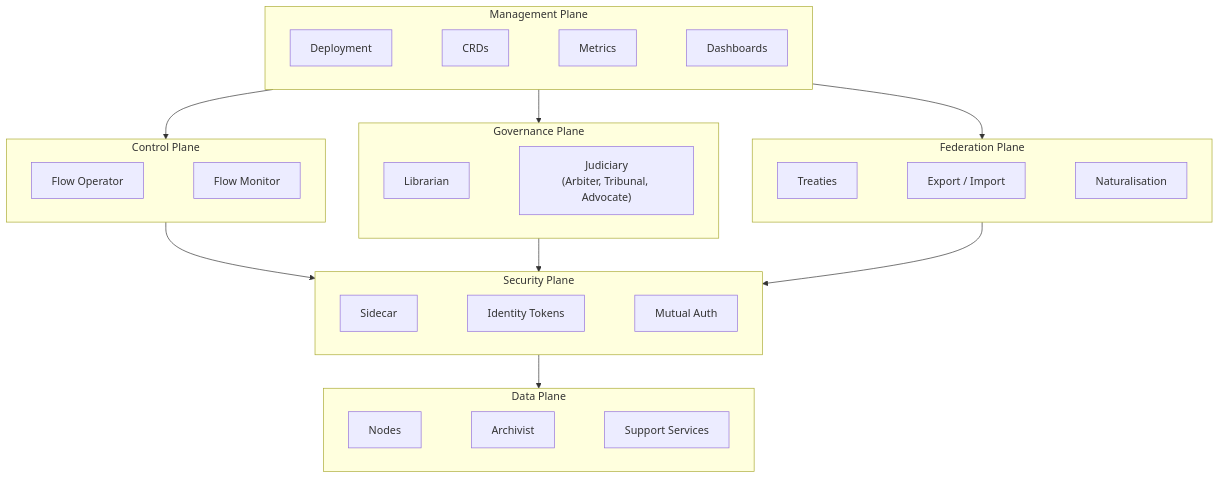
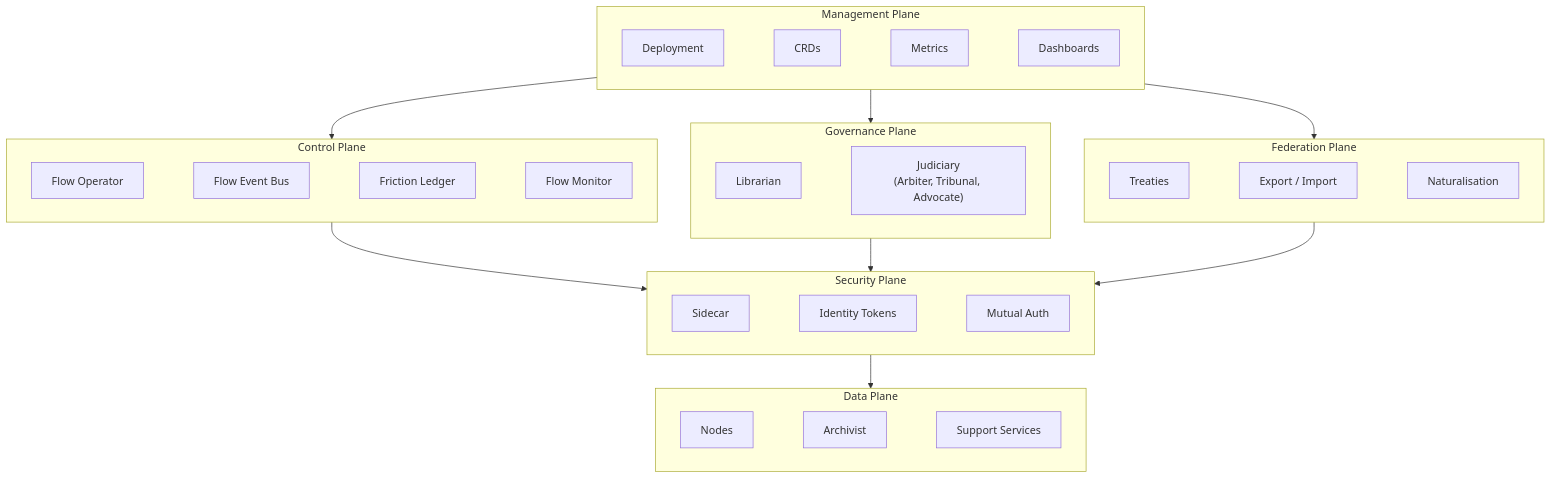
One commit to really-knows-ai/gideas changed the diagram in specs/01-concepts/01-architecture.md. Above: the diagram before and after it, drawn with Mermaid. The commit also changed other lines of this file and 49 other files, not shown here.

First line of the commit message:
feat: introduce Flow Event Bus and Friction Ledger as dedicated services, narrowing Flow Monitor to a stateless pipeline adapter

````diff
--- a/specs/01-concepts/01-architecture.md
+++ b/specs/01-concepts/01-architecture.md
@@ -9,42 +9,42 @@
 ```mermaid
 flowchart TD
     subgraph mgmt["Management Plane"]
         direction LR
         Deployment ~~~ CRDs ~~~ Metrics ~~~ Dashboards
     end
 
     subgraph ctrl["Control Plane"]
         direction LR
-        Operator[Flow Operator] ~~~ Monitor[Flow Monitor]
+        Operator[Flow Operator] ~~~ EventBus[Flow Event Bus] ~~~ FrictionLedger[Friction Ledger] ~~~ Monitor[Flow Monitor]
     end
 
     subgraph gov["Governance Plane"]
         direction LR
         Librarian ~~~ Judiciary["Judiciary<br/>(Arbiter, Tribunal, Advocate)"]
     end
 
     subgraph fed["Federation Plane"]
         direction LR
         Treaties ~~~ Export[Export / Import] ~~~ Nat[Naturalisation]
     end
 
     subgraph sec["Security Plane"]
         direction LR
         Sidecar ~~~ Tokens[Identity Tokens] ~~~ MutualAuth[Mutual Auth]
     end
 
     subgraph data["Data Plane"]
         direction LR
         Nodes ~~~ Archivist ~~~ SupportSvc["Support Services"]
     end
 
     mgmt --> ctrl
     mgmt --> gov
     mgmt --> fed
 
     ctrl --> sec
     gov --> sec
     fed --> sec
 
     sec --> data
 ```
````
